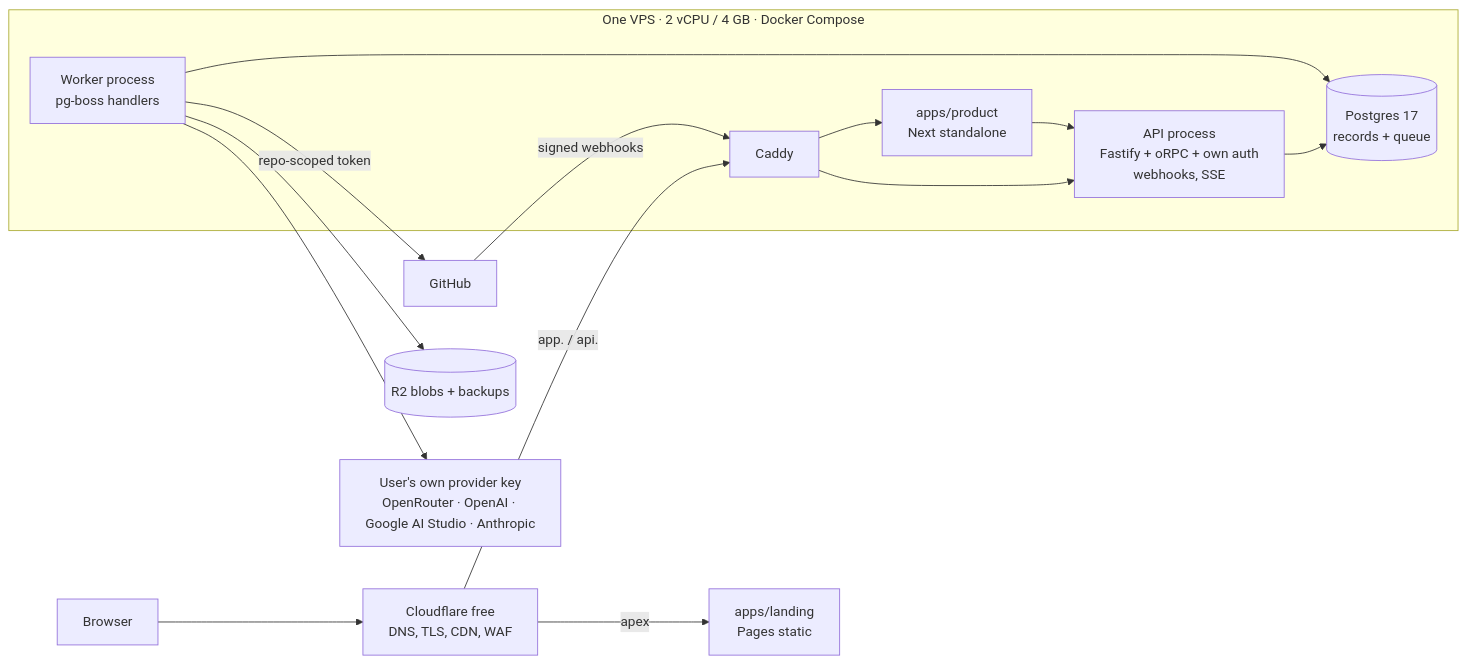
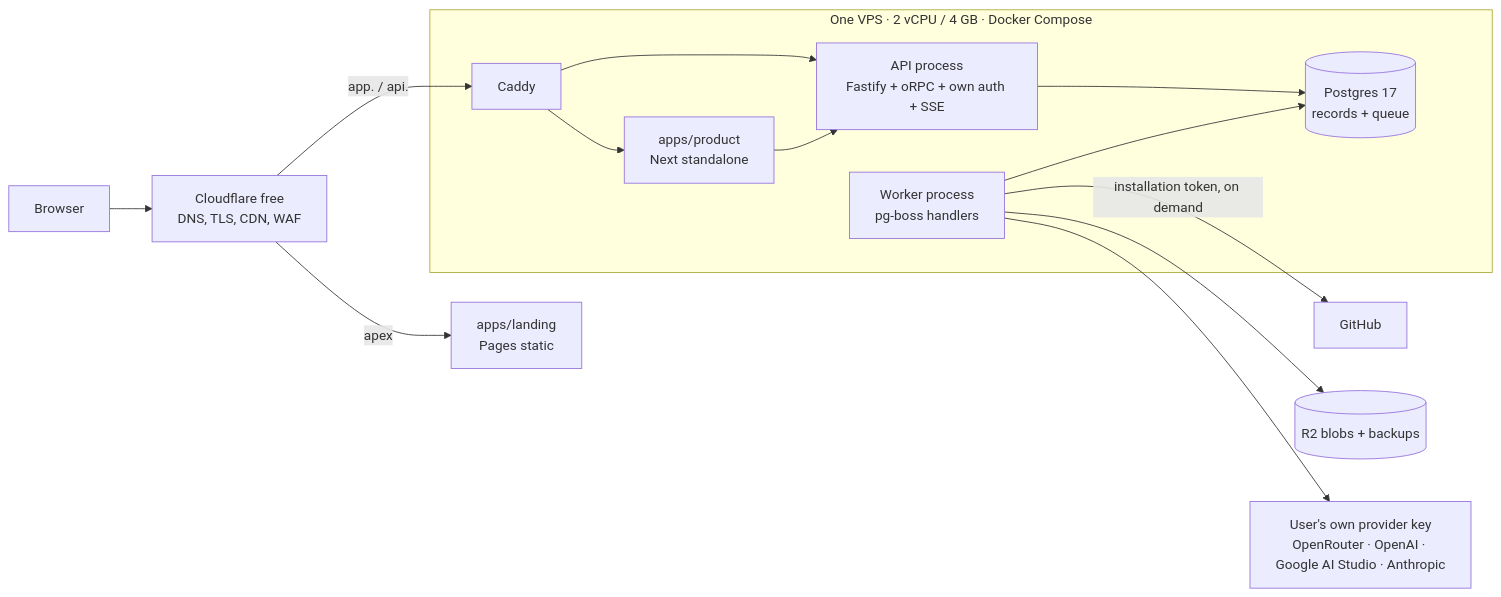
The second of 2 diagrams in ARCHITECTURE.md (dawoodxp97/REPLO_AI), drawn with Mermaid before and after one commit. The commit also changed other lines of this file and 283 other files, not shown here.

Commit message:
feat: rename tutorials to courses and adopt graph-first generation

````diff
--- a/ARCHITECTURE.md
+++ b/ARCHITECTURE.md
@@ -43,19 +43,18 @@
 ```mermaid
 flowchart LR
   B[Browser] --> CF[Cloudflare free<br/>DNS, TLS, CDN, WAF]
   CF -->|apex| L[apps/landing<br/>Pages static]
   CF -->|app. / api.| CA[Caddy]
   subgraph VPS["One VPS · 2 vCPU / 4 GB · Docker Compose"]
     CA --> P[apps/product<br/>Next standalone]
-    CA --> A[API process<br/>Fastify + oRPC + own auth<br/>webhooks, SSE]
+    CA --> A[API process<br/>Fastify + oRPC + own auth + SSE]
     W[Worker process<br/>pg-boss handlers]
     PG[(Postgres 17<br/>records + queue)]
     P --> A
     A --> PG
     W --> PG
   end
-  GH[GitHub] -- signed webhooks --> CA
-  W -- repo-scoped token --> GH
+  W -- installation token, on demand --> GH[GitHub]
   W --> R2[(R2 blobs + backups)]
   W --> UK[User's own provider key<br/>OpenRouter · OpenAI · Google AI Studio · Anthropic]
 ```
````
